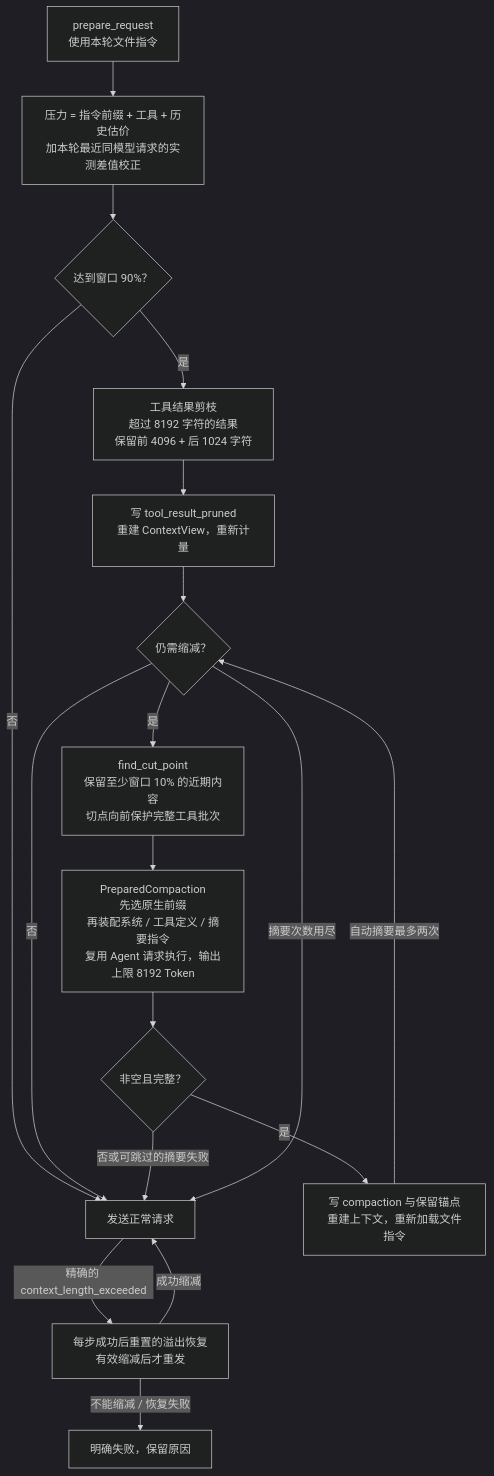
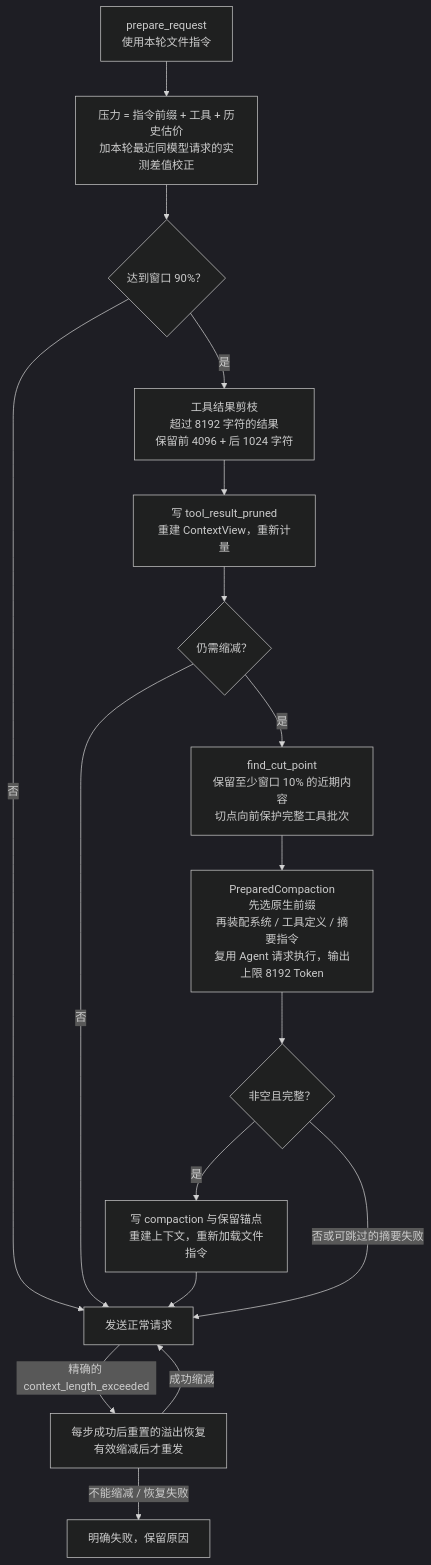
Diagram 23 of 29 in docs/architecture.md (qjcnmd/singularity-agent), drawn with Mermaid (dark theme) before and after one commit. The commit also changed other lines of this file and 137 other files, not shown here.

````diff
--- a/docs/architecture.md
+++ b/docs/architecture.md
@@ -637,20 +636,19 @@
 ```mermaid
 flowchart TB
     Start["prepare_request<br/>使用本轮文件指令"] --> Estimate["压力 = 指令前缀 + 工具 + 历史估价<br/>加本轮最近同模型请求的实测差值校正"]
     Estimate --> Pressure{"达到窗口 90%？"}
     Pressure -->|"否"| Send["发送正常请求"]
     Pressure -->|"是"| Prune["工具结果剪枝<br/>超过 8192 字符的结果<br/>保留前 4096 + 后 1024 字符"]
     Prune --> Measure["写 tool_result_pruned<br/>重建 ContextView，重新计量"]
     Measure --> Need{"仍需缩减？"}
     Need -->|"否"| Send
     Need -->|"是"| Cut["find_cut_point<br/>保留至少窗口 10% 的近期内容<br/>切点向前保护完整工具批次"]
     Cut --> Summary["PreparedCompaction<br/>先选原生前缀<br/>再装配系统 / 工具定义 / 摘要指令<br/>复用 Agent 请求执行，输出上限 8192 Token"]
     Summary --> Valid{"非空且完整？"}
     Valid -->|"是"| Commit["写 compaction 与保留锚点<br/>重建上下文，重新加载文件指令"]
-    Commit -->|"自动摘要最多两次"| Need
+    Commit --> Send
     Valid -->|"否或可跳过的摘要失败"| Send
-    Need -->|"摘要次数用尽"| Send
     Send -->|"精确的 context_length_exceeded"| Forced["每步成功后重置的溢出恢复<br/>有效缩减后才重发"]
     Forced -->|"成功缩减"| Send
     Forced -->|"不能缩减 / 恢复失败"| Error["明确失败，保留原因"]
 ```
````
